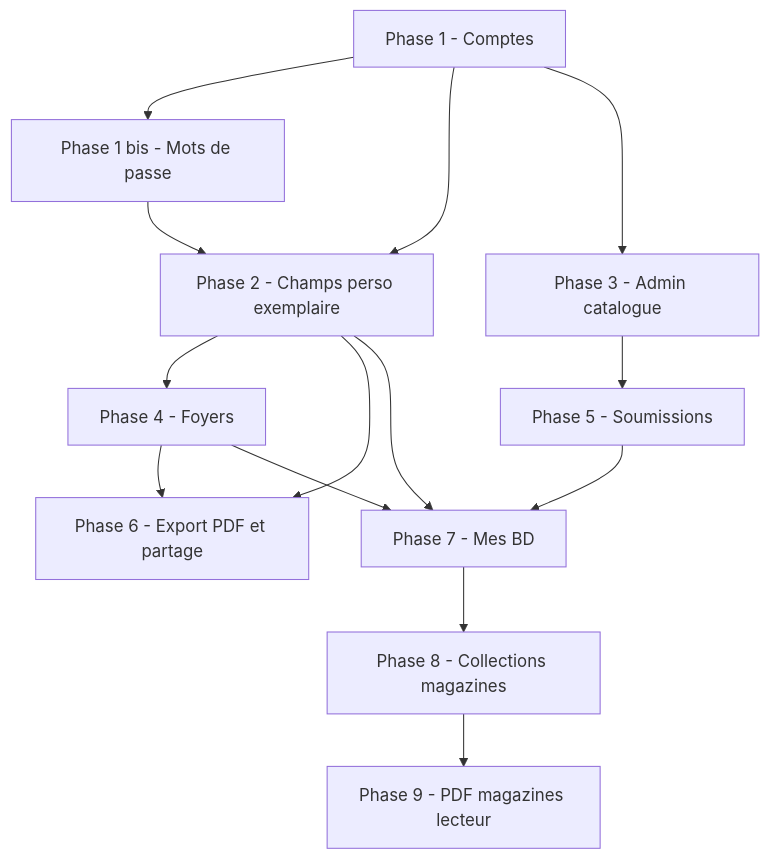
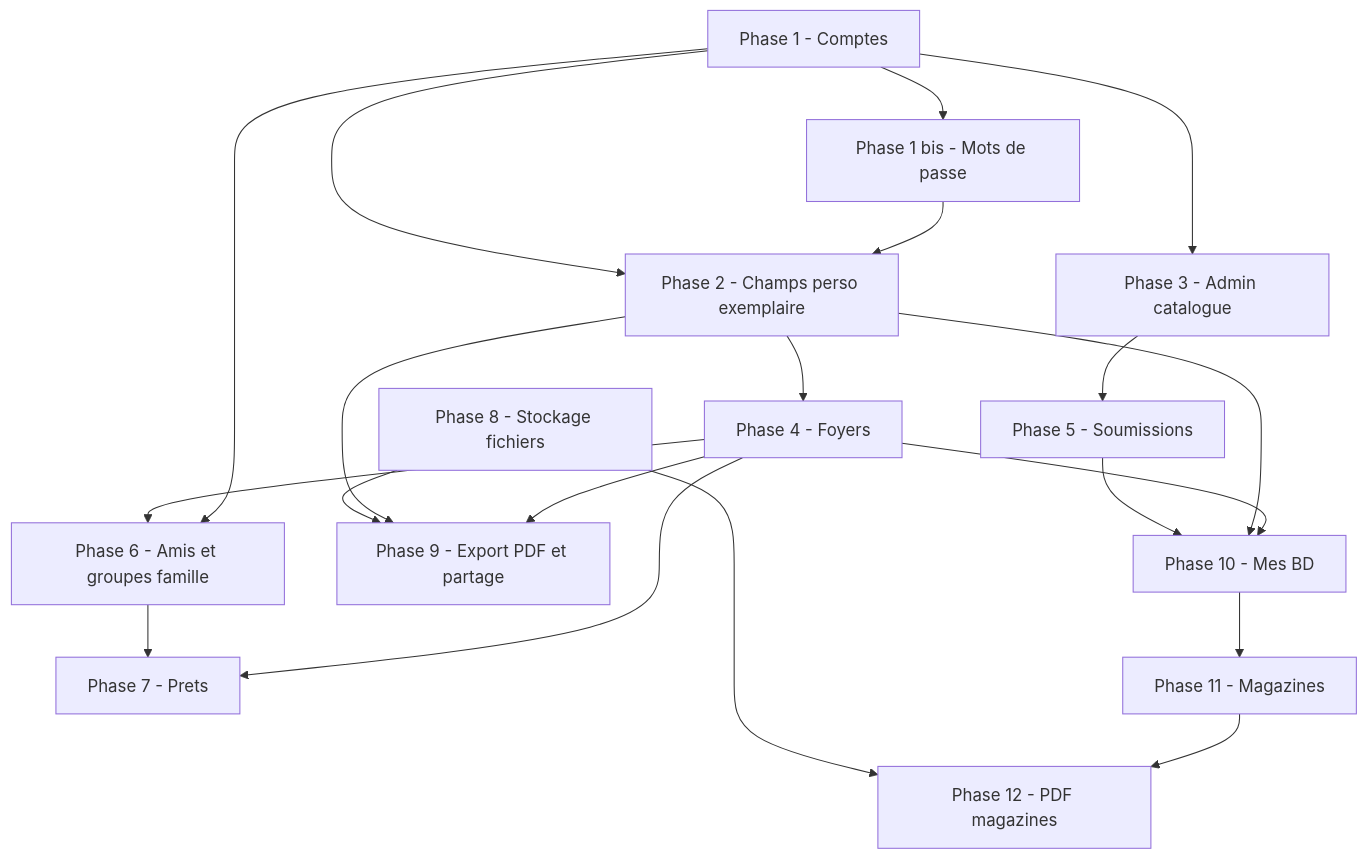
Before and after one commit to daryl40000/Moncine: the first of 2 diagrams in ROADMAP.md, drawn with Mermaid. The commit also changed other lines of this file and 1 other file, not shown here.

Commit message:
Evolution de la roadmap

````diff
--- a/ROADMAP.md
+++ b/ROADMAP.md
@@ -65,27 +70,36 @@
 ```mermaid
 flowchart TD
     P1[Phase 1 - Comptes]
     P1b[Phase 1 bis - Mots de passe]
     P2[Phase 2 - Champs perso exemplaire]
     P3[Phase 3 - Admin catalogue]
     P4[Phase 4 - Foyers]
     P5[Phase 5 - Soumissions]
-    P6[Phase 6 - Export PDF et partage]
-    P7[Phase 7 - Mes BD]
-    P8[Phase 8 - Collections magazines]
-    P9[Phase 9 - PDF magazines lecteur]
+    P6[Phase 6 - Amis et groupes famille]
+    P7[Phase 7 - Prets]
+    P8[Phase 8 - Stockage fichiers]
+    P9[Phase 9 - Export PDF et partage]
+    P10[Phase 10 - Mes BD]
+    P11[Phase 11 - Magazines]
+    P12[Phase 12 - PDF magazines]
 
     P1 --> P1b
     P1 --> P2
     P1 --> P3
     P1b --> P2
     P2 --> P4
     P3 --> P5
-    P2 --> P6
     P4 --> P6
-    P5 --> P7
-    P2 --> P7
+    P1 --> P6
+    P6 --> P7
     P4 --> P7
-    P7 --> P8
     P8 --> P9
+    P2 --> P9
+    P4 --> P9
+    P5 --> P10
+    P2 --> P10
+    P4 --> P10
+    P8 --> P12
+    P10 --> P11
+    P11 --> P12
 ```
````
